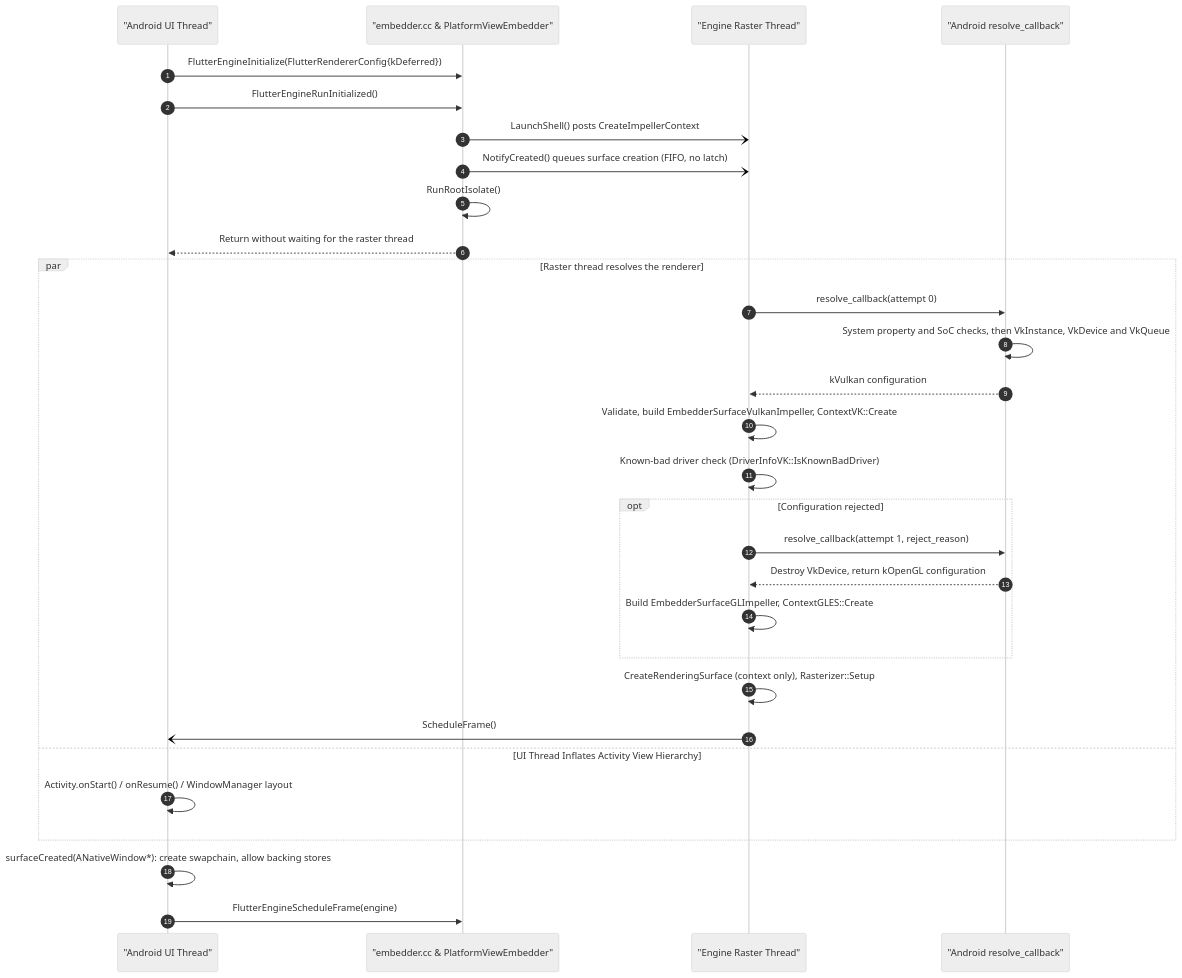
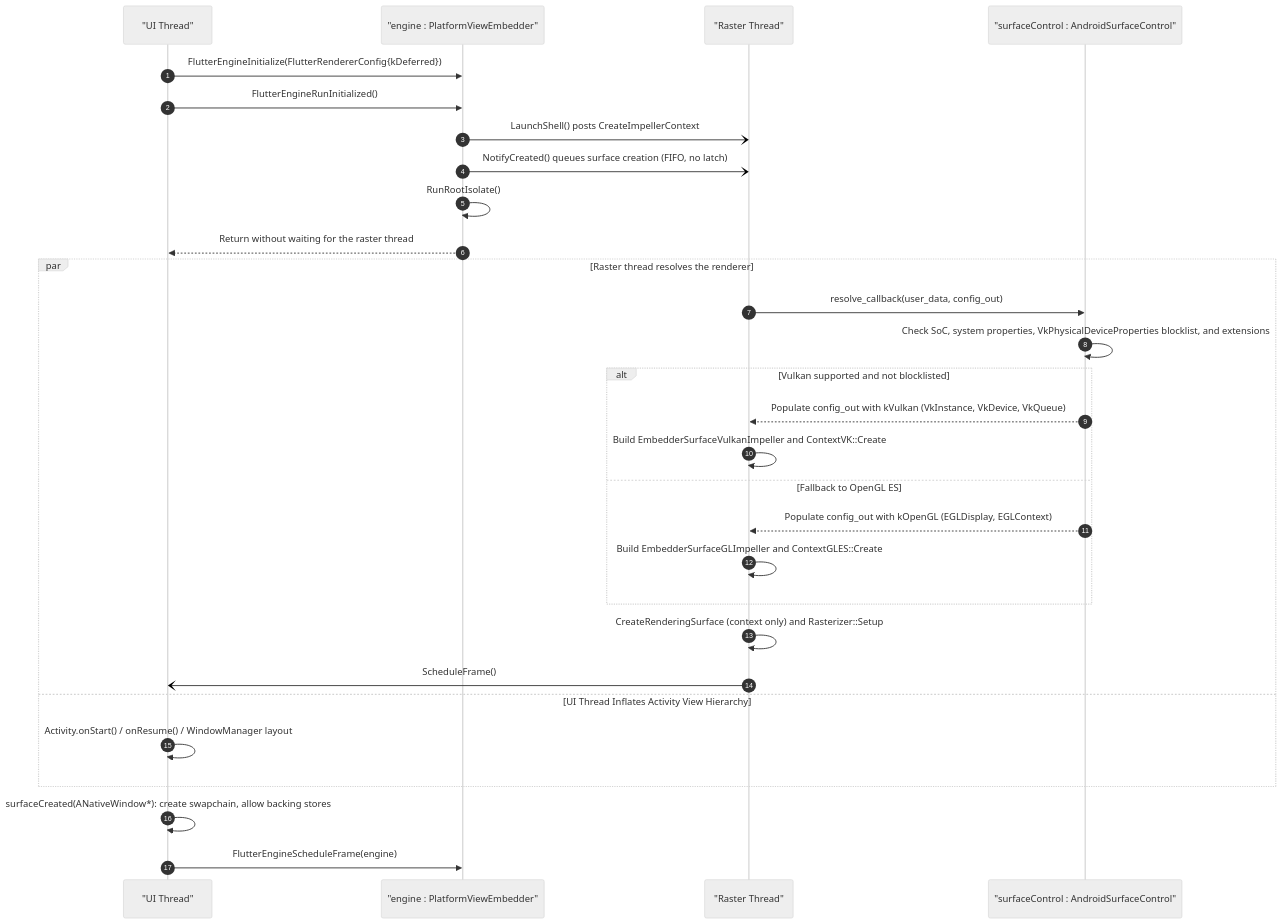
The third of 14 diagrams in rfc/410.0000-flutter-android-embedder-c-api-migration.md (flutter/rfc), drawn with Mermaid (neutral theme) before and after one commit. The commit also changed other lines of this file, not shown here.

Commit message:
Remove rejection path of vulkan checks in preference to moving checks into the Android embedder

````diff
--- a/rfc/410.0000-flutter-android-embedder-c-api-migration.md
+++ b/rfc/410.0000-flutter-android-embedder-c-api-migration.md
@@ -241,33 +222,32 @@
 ```mermaid
 sequenceDiagram
     autonumber
-    participant UI as "Android UI Thread"
-    participant Emb as "embedder.cc & PlatformViewEmbedder"
-    participant Raster as "Engine Raster Thread"
-    participant Cb as "Android resolve_callback"
+    participant UI as "UI Thread"
+    participant Emb as "engine : PlatformViewEmbedder"
+    participant Raster as "Raster Thread"
+    participant SC as "surfaceControl : AndroidSurfaceControl"
 
     UI->>Emb: FlutterEngineInitialize(FlutterRendererConfig{kDeferred})
     UI->>Emb: FlutterEngineRunInitialized()
     Emb-)Raster: LaunchShell() posts CreateImpellerContext
     Emb-)Raster: NotifyCreated() queues surface creation (FIFO, no latch)
     Emb->>Emb: RunRootIsolate()
     Emb-->>UI: Return without waiting for the raster thread
     par Raster thread resolves the renderer
-        Raster->>Cb: resolve_callback(attempt 0)
-        Cb->>Cb: System property and SoC checks, then VkInstance, VkDevice and VkQueue
-        Cb-->>Raster: kVulkan configuration
-        Raster->>Raster: Validate, build EmbedderSurfaceVulkanImpeller, ContextVK::Create
-        Raster->>Raster: Known-bad driver check (DriverInfoVK::IsKnownBadDriver)
-        opt Configuration rejected
-            Raster->>Cb: resolve_callback(attempt 1, reject_reason)
-            Cb-->>Raster: Destroy VkDevice, return kOpenGL configuration
-            Raster->>Raster: Build EmbedderSurfaceGLImpeller, ContextGLES::Create
+        Raster->>SC: resolve_callback(user_data, config_out)
+        SC->>SC: Check SoC, system properties, VkPhysicalDeviceProperties blocklist, and extensions
+        alt Vulkan supported and not blocklisted
+            SC-->>Raster: Populate config_out with kVulkan (VkInstance, VkDevice, VkQueue)
+            Raster->>Raster: Build EmbedderSurfaceVulkanImpeller and ContextVK::Create
+        else Fallback to OpenGL ES
+            SC-->>Raster: Populate config_out with kOpenGL (EGLDisplay, EGLContext)
+            Raster->>Raster: Build EmbedderSurfaceGLImpeller and ContextGLES::Create
         end
-        Raster->>Raster: CreateRenderingSurface (context only), Rasterizer::Setup
+        Raster->>Raster: CreateRenderingSurface (context only) and Rasterizer::Setup
         Raster-)UI: ScheduleFrame()
     and UI Thread Inflates Activity View Hierarchy
         UI->>UI: Activity.onStart() / onResume() / WindowManager layout
     end
     UI->>UI: surfaceCreated(ANativeWindow*): create swapchain, allow backing stores
     UI->>Emb: FlutterEngineScheduleFrame(engine)
 ```
````
